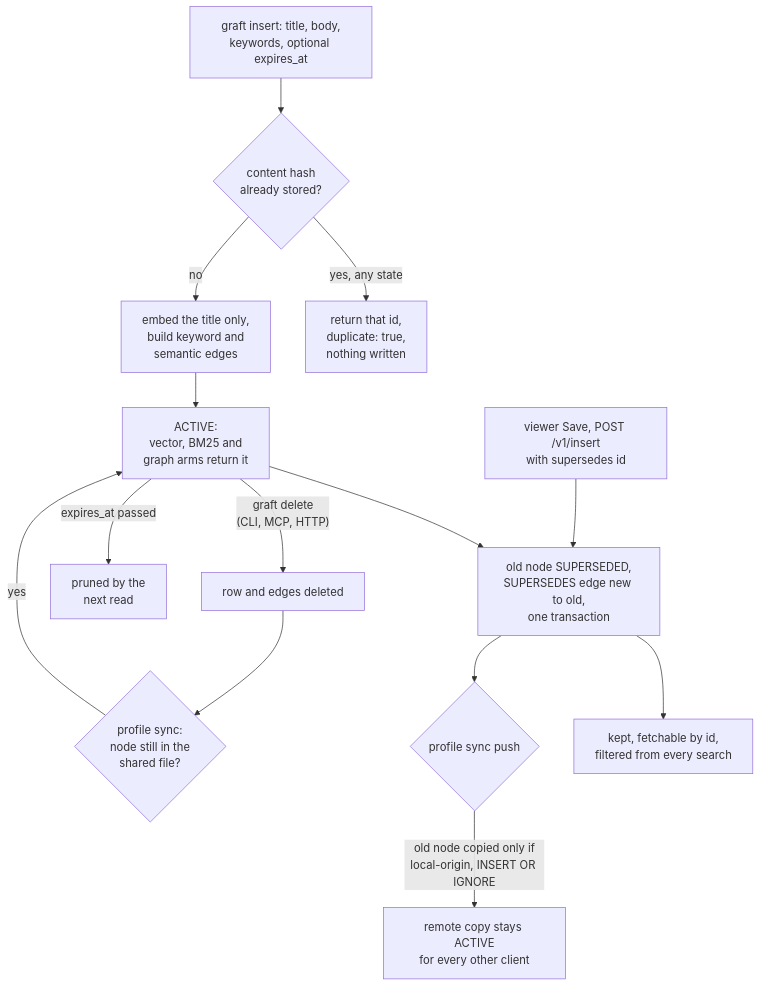
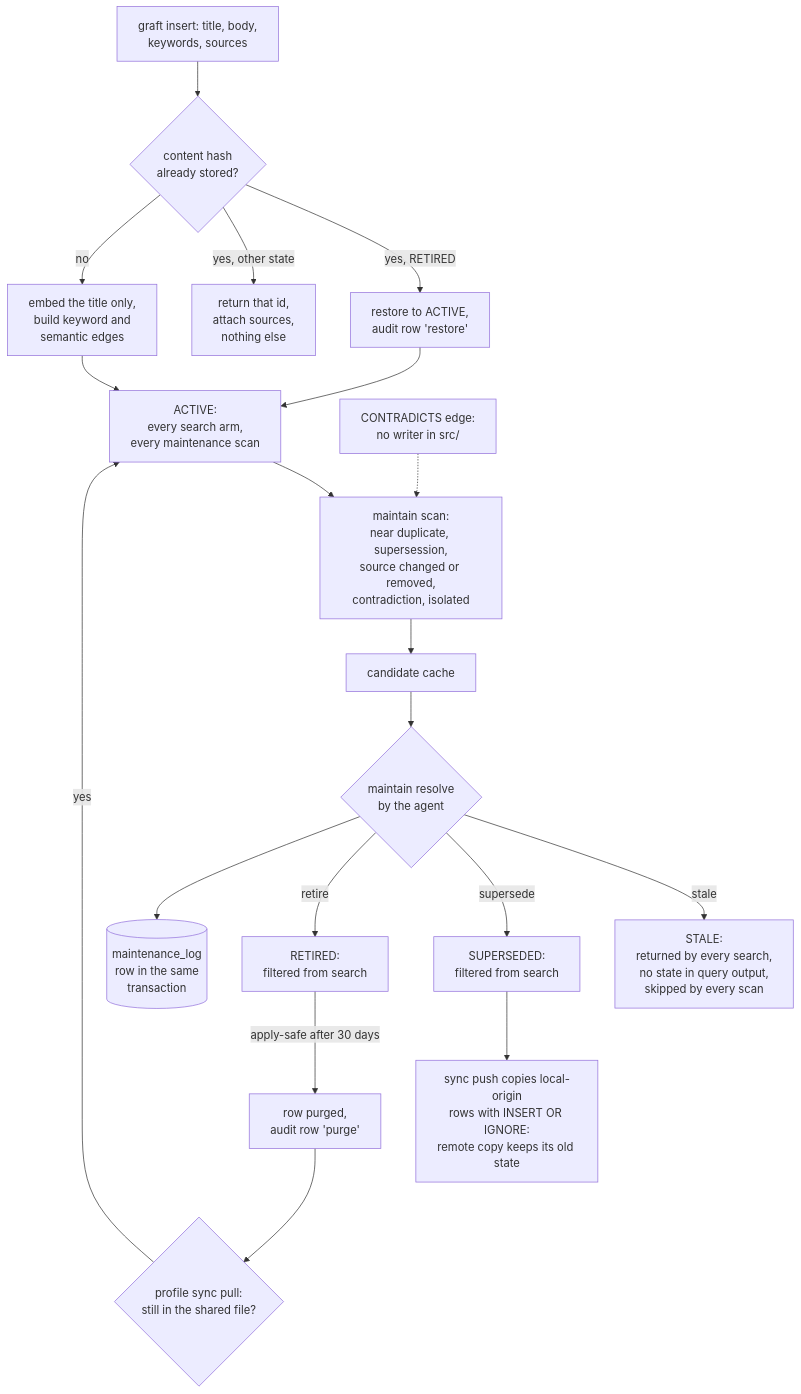
The diagram in content/systems/graft.md (neoneye/agent-memory-atlas), drawn with Mermaid before and after one commit. The commit also changed other lines of this file and 24 other files, not shown here.

First line of the commit message:
Re-read graft at 25485e2 (v0.2.0): audit_log gained on maintenance_log; STALE written and filtered nowhere

````diff
--- a/content/systems/graft.md
+++ b/content/systems/graft.md
@@ -112,17 +125,22 @@
 ```mermaid
-%% caption: how a Graft note becomes searchable, the three ways it stops being searchable, and where sync undoes the second and third
+%% caption: how a Graft note becomes searchable, the transitions the maintenance loop can apply, which of them a search honours, and where sync undoes them
 flowchart TD
-    W["graft insert: title, body,<br/>keywords, optional expires_at"] --> H{"content hash<br/>already stored?"}
-    H -- "yes, any state" --> DUP["return that id,<br/>duplicate: true,<br/>nothing written"]
+    W["graft insert: title, body,<br/>keywords, sources"] --> H{"content hash<br/>already stored?"}
+    H -- "yes, RETIRED" --> RS["restore to ACTIVE,<br/>audit row 'restore'"]
+    H -- "yes, other state" --> DUP["return that id,<br/>attach sources,<br/>nothing else"]
     H -- "no" --> E["embed the title only,<br/>build keyword and<br/>semantic edges"]
-    E --> A["ACTIVE:<br/>vector, BM25 and<br/>graph arms return it"]
-    V["viewer Save, POST /v1/insert<br/>with supersedes id"] --> S["old node SUPERSEDED,<br/>SUPERSEDES edge new to old,<br/>one transaction"]
-    A --> S
-    A -- "graft delete<br/>(CLI, MCP, HTTP)" --> D["row and edges deleted"]
-    A -- "expires_at passed" --> P["pruned by the<br/>next read"]
-    S --> HID["kept, fetchable by id,<br/>filtered from every search"]
-    D --> PULL{"profile sync:<br/>node still in the<br/>shared file?"}
+    E --> A["ACTIVE:<br/>every search arm,<br/>every maintenance scan"]
+    RS --> A
+    SC["maintain scan:<br/>near duplicate, supersession,<br/>source changed or removed,<br/>contradiction, isolated"] --> Q["candidate cache"]
+    A --> SC
+    CE["CONTRADICTS edge:<br/>no writer in src/"] -.-> SC
+    Q --> R{"maintain resolve<br/>by the agent"}
+    R -- "stale" --> ST["STALE:<br/>returned by every search,<br/>no state in query output,<br/>skipped by every scan"]
+    R -- "supersede" --> SU["SUPERSEDED:<br/>filtered from search"]
+    R -- "retire" --> RT["RETIRED:<br/>filtered from search"]
+    R --> LOG[("maintenance_log<br/>row in the same<br/>transaction")]
+    RT -- "apply-safe after 30 days" --> PG["row purged,<br/>audit row 'purge'"]
+    PG --> PULL{"profile sync pull:<br/>still in the shared file?"}
     PULL -- "yes" --> A
-    S --> PUSH{"profile sync push"}
-    PUSH -- "old node copied only if<br/>local-origin, INSERT OR IGNORE" --> REM["remote copy stays ACTIVE<br/>for every other client"]
+    SU --> PUSH["sync push copies local-origin<br/>rows with INSERT OR IGNORE:<br/>remote copy keeps its old state"]
 ```
````
